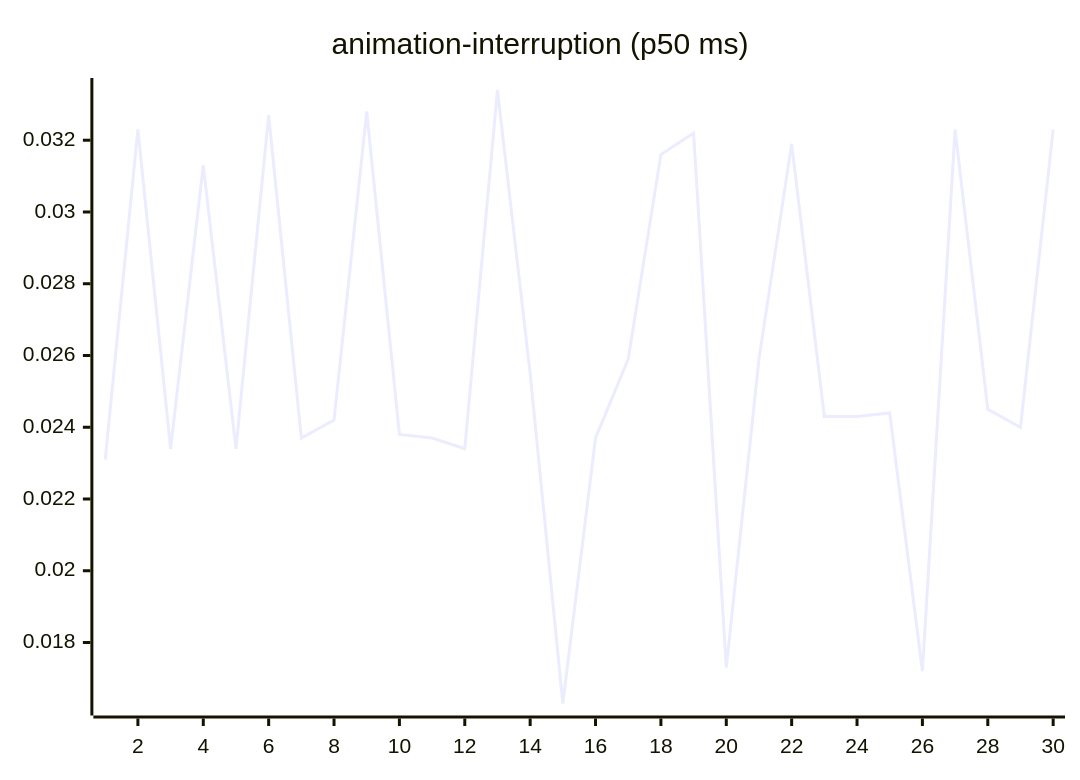
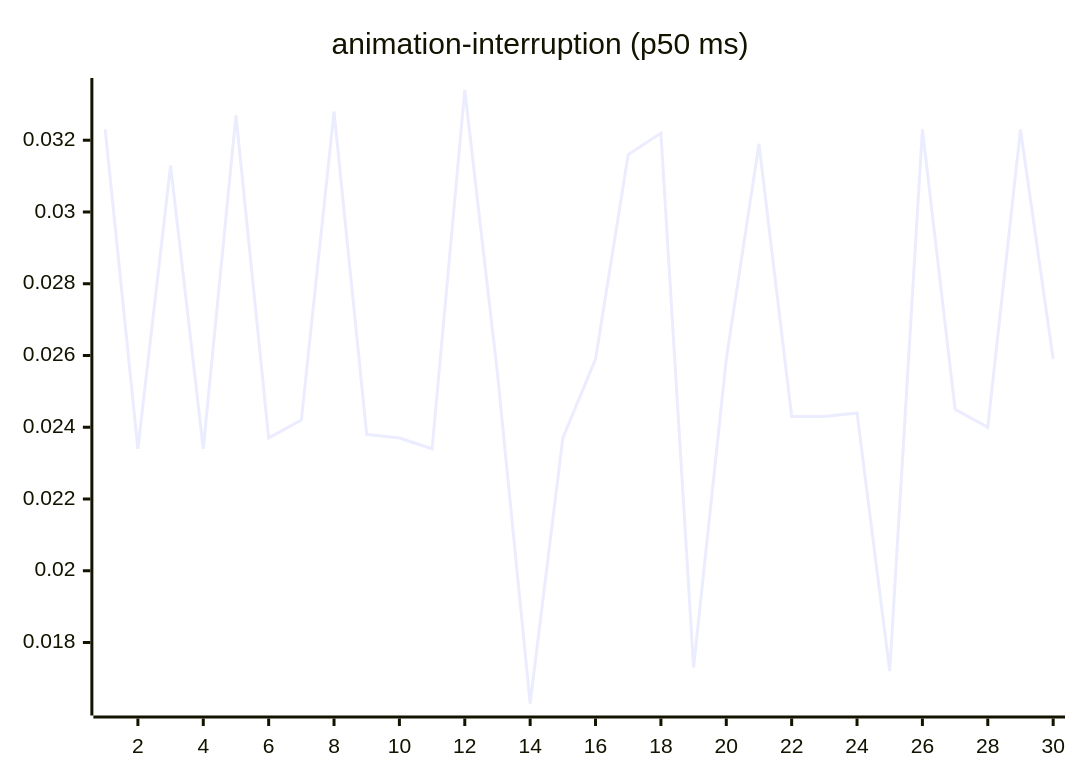
The third of 27 diagrams in README.md (josha/Facet), drawn with Mermaid before and after one commit. The commit also changed other lines of this file and 2 other files, not shown here.

````diff
--- a/README.md
+++ b/README.md
@@ -77,6 +77,6 @@
 ```mermaid
 xychart-beta
     title "animation-interruption (p50 ms)"
     x-axis 1 --> 30
-    line [0.0231, 0.0323, 0.0234, 0.0313, 0.0234, 0.0327, 0.0237, 0.0242, 0.0328, 0.0238, 0.0237, 0.0234, 0.0334, 0.0255, 0.0163, 0.0237, 0.0259, 0.0316, 0.0322, 0.0173, 0.0259, 0.0319, 0.0243, 0.0243, 0.0244, 0.0172, 0.0323, 0.0245, 0.0240, 0.0323]
+    line [0.0323, 0.0234, 0.0313, 0.0234, 0.0327, 0.0237, 0.0242, 0.0328, 0.0238, 0.0237, 0.0234, 0.0334, 0.0255, 0.0163, 0.0237, 0.0259, 0.0316, 0.0322, 0.0173, 0.0259, 0.0319, 0.0243, 0.0243, 0.0244, 0.0172, 0.0323, 0.0245, 0.0240, 0.0323, 0.0259]
 ```
````
